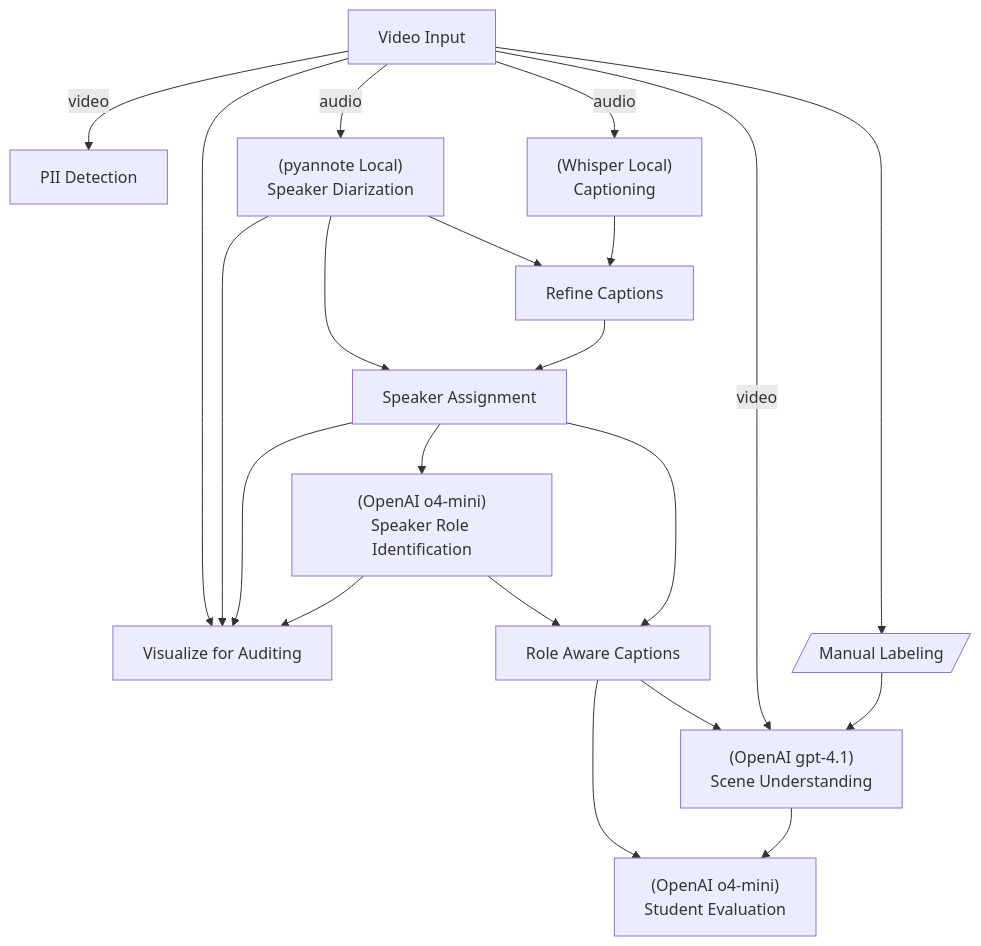
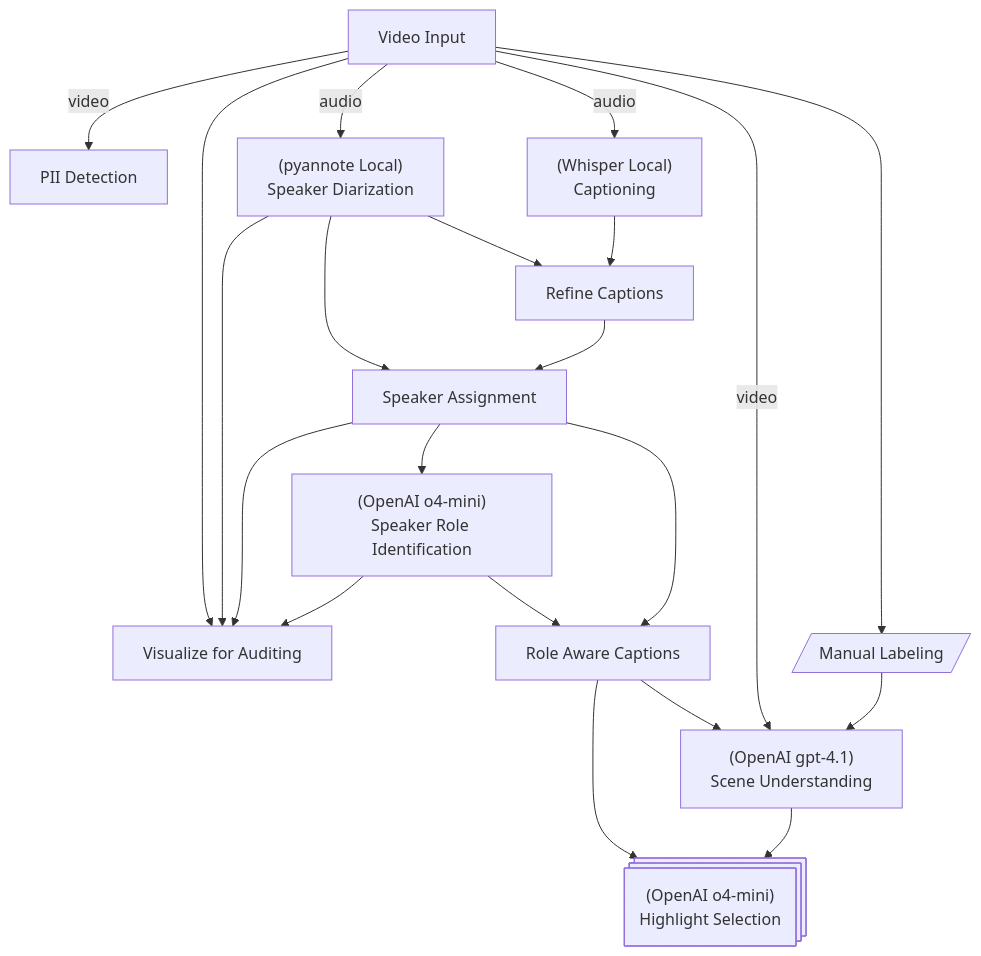
The first of 3 diagrams in src/video_understanding/README.md (hirak99/video-summarizer), drawn with Mermaid before and after one commit. The commit also changed other lines of this file, not shown here.

Commit message:
docs(video): update flowchart

````diff
--- a/src/video_understanding/README.md
+++ b/src/video_understanding/README.md
@@ -13,24 +13,25 @@
 ```mermaid
 flowchart TD;
     A[Video Input]
     A -- video --> M[PII Detection]
     A --> I
     Diarization --> I[Visualize for Auditing]
     D --> I
     F --> I
     A -- audio --> Diarization["(pyannote Local)<br>"Speaker Diarization]
     A -- audio --> Captioning["(Whisper Local)<br>"Captioning]
     Diarization --> D
     Diarization --> RefineCaptions
     Captioning --> RefineCaptions[Refine Captions]
     RefineCaptions --> D[Speaker Assignment]
     D --> F["(OpenAI o4-mini)<br>"Speaker Role Identification];
     F --> K[Role Aware Captions]
     D --> K
-    K --> L["(OpenAI o4-mini)<br>"Student Evaluation]
+    K --> HighlightSel["(OpenAI o4-mini)<br>"Highlight Selection]
     A -- video --> N["(OpenAI gpt-4.1)<br>Scene Understanding"]
     A --> LABELS["Manual Labeling"] --> N
     K --> N
-    N --> L
+    N --> HighlightSel
     LABELS@{ shape: lean-r}
+    HighlightSel@{ shape: procs}
 ```
````
